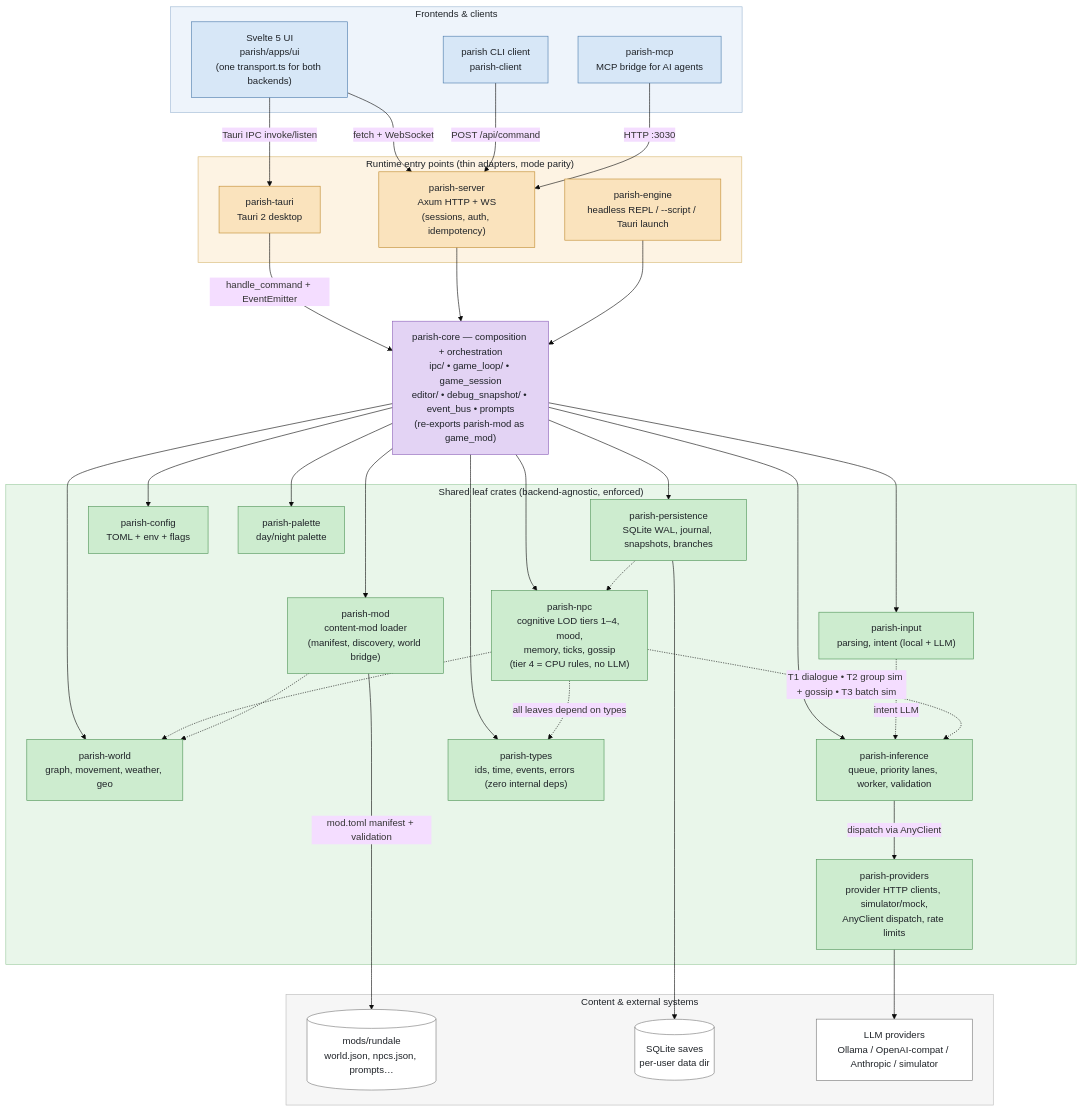
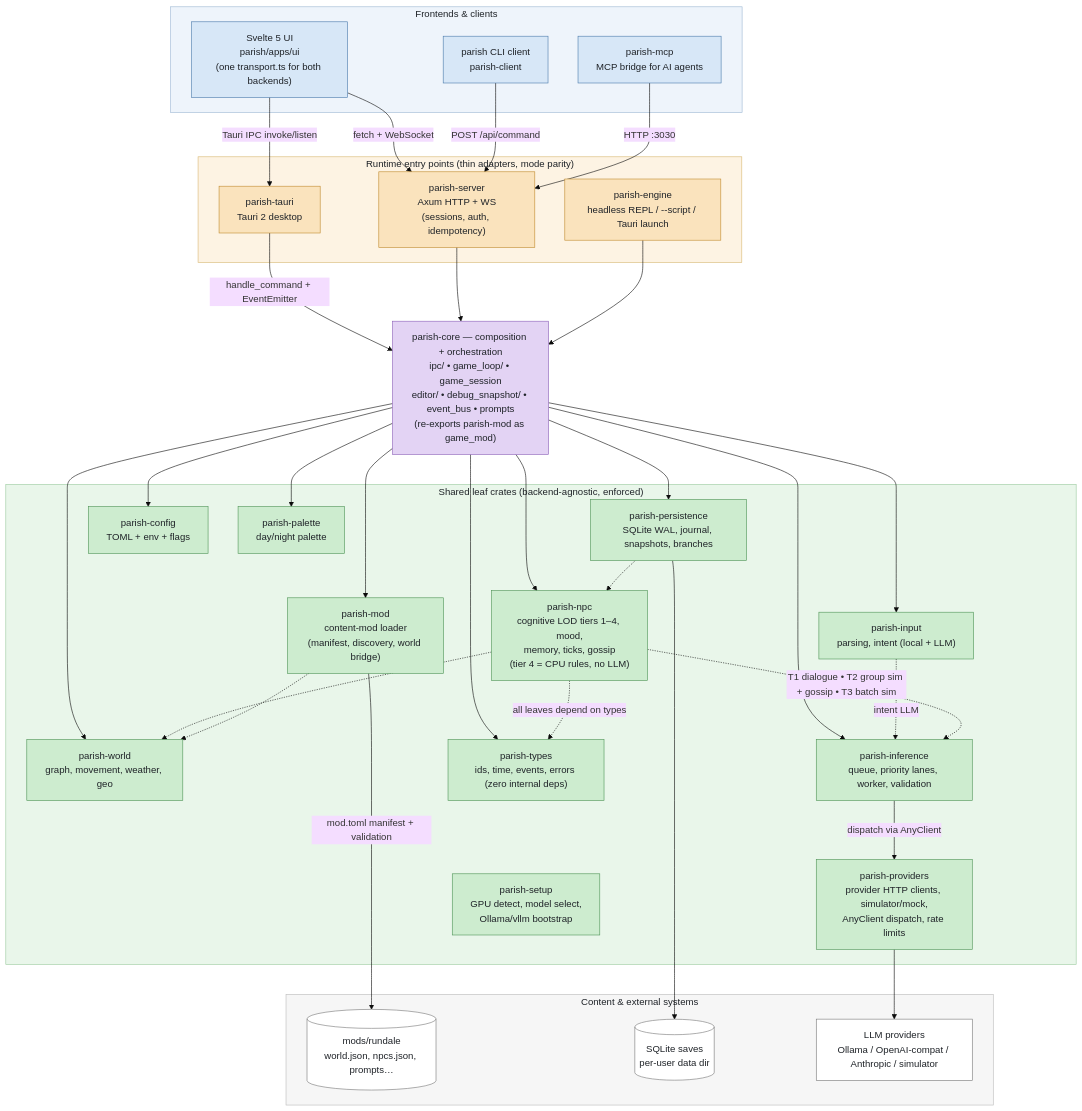
One commit to dmooney/Rundale changed the second of 2 diagrams in README.md. Above: the diagram before and after it, drawn with Mermaid (base theme). The commit also changed other lines of this file and 17 other files, not shown here.

````diff
--- a/README.md
+++ b/README.md
@@ -286,72 +286,73 @@
 ```mermaid
 flowchart TB
     subgraph clients["Frontends & clients"]
         UI["Svelte 5 UI<br/>parish/apps/ui<br/>(one transport.ts for both backends)"]
         CLI["parish CLI client<br/>parish-client"]
         MCP["parish-mcp<br/>MCP bridge for AI agents"]
     end
 
     subgraph entry["Runtime entry points (thin adapters, mode parity)"]
         TAURI["parish-tauri<br/>Tauri 2 desktop"]
         SERVER["parish-server<br/>Axum HTTP + WS<br/>(sessions, auth, idempotency)"]
         ENGINE["parish-engine<br/>headless REPL / --script / Tauri launch"]
     end
 
     CORE["parish-core — composition + orchestration<br/>ipc/ • game_loop/ • game_session<br/>editor/ • debug_snapshot/ • event_bus • prompts<br/>(re-exports parish-mod as game_mod)"]
 
     subgraph leaf["Shared leaf crates (backend-agnostic, enforced)"]
         WORLD["parish-world<br/>graph, movement, weather, geo"]
         NPC["parish-npc<br/>cognitive LOD tiers 1–4, mood,<br/>memory, ticks, gossip<br/>(tier 4 = CPU rules, no LLM)"]
         INPUT["parish-input<br/>parsing, intent (local + LLM)"]
         INFER["parish-inference<br/>queue, priority lanes, worker, validation"]
         PROVIDERS["parish-providers<br/>provider HTTP clients, simulator/mock,<br/>AnyClient dispatch, rate limits"]
+        SETUP["parish-setup<br/>GPU detect, model select,<br/>Ollama/vllm bootstrap"]
         PERSIST["parish-persistence<br/>SQLite WAL, journal, snapshots, branches"]
         CONFIG["parish-config<br/>TOML + env + flags"]
         PALETTE["parish-palette<br/>day/night palette"]
         MOD["parish-mod<br/>content-mod loader<br/>(manifest, discovery, world bridge)"]
         TYPES["parish-types<br/>ids, time, events, errors (zero internal deps)"]
     end
 
     subgraph external["Content & external systems"]
         MODS[("mods/rundale<br/>world.json, npcs.json, prompts…")]
         DB[("SQLite saves<br/>per-user data dir")]
         LLM["LLM providers<br/>Ollama / OpenAI-compat / Anthropic / simulator"]
     end
 
     UI -- "Tauri IPC invoke/listen" --> TAURI
     UI -- "fetch + WebSocket" --> SERVER
     CLI -- "POST /api/command" --> SERVER
     MCP -- "HTTP :3030" --> SERVER
 
     TAURI -- "handle_command + EventEmitter" --> CORE
     SERVER --> CORE
     ENGINE --> CORE
 
     CORE --> WORLD & NPC & INPUT & INFER & PERSIST & CONFIG & PALETTE & MOD & TYPES
     INPUT -. "intent LLM" .-> INFER
     NPC -. "T1 dialogue • T2 group sim + gossip • T3 batch sim" .-> INFER
     NPC -.-> WORLD
     PERSIST -.-> NPC
     MOD -.-> WORLD
     NPC -. "all leaves depend on types" .-> TYPES
 
     MOD -- "mod.toml manifest + validation" --> MODS
     PERSIST --> DB
     INFER -- "dispatch via AnyClient" --> PROVIDERS
     PROVIDERS --> LLM
 
     classDef clientNode fill:#d7e7f7,stroke:#4a7aab,color:#1f2328
     classDef entryNode fill:#fae3bd,stroke:#c08a2e,color:#1f2328
     classDef coreNode fill:#e3d3f4,stroke:#8a5fb8,color:#1f2328
     classDef leafNode fill:#cdeccf,stroke:#4f9457,color:#1f2328
     classDef extNode fill:#ffffff,stroke:#777777,color:#1f2328
     class UI,CLI,MCP clientNode
     class TAURI,SERVER,ENGINE entryNode
     class CORE coreNode
-    class WORLD,NPC,INPUT,INFER,PROVIDERS,PERSIST,CONFIG,PALETTE,MOD,TYPES leafNode
+    class WORLD,NPC,INPUT,INFER,PROVIDERS,SETUP,PERSIST,CONFIG,PALETTE,MOD,TYPES leafNode
     class MODS,DB,LLM extNode
     style clients fill:#eef4fb,stroke:#9db8d4,color:#1f2328
     style entry fill:#fdf3e3,stroke:#d8b873,color:#1f2328
     style leaf fill:#e9f6ea,stroke:#9ccca0,color:#1f2328
     style external fill:#f6f6f6,stroke:#bbbbbb,color:#1f2328
 ```
````
